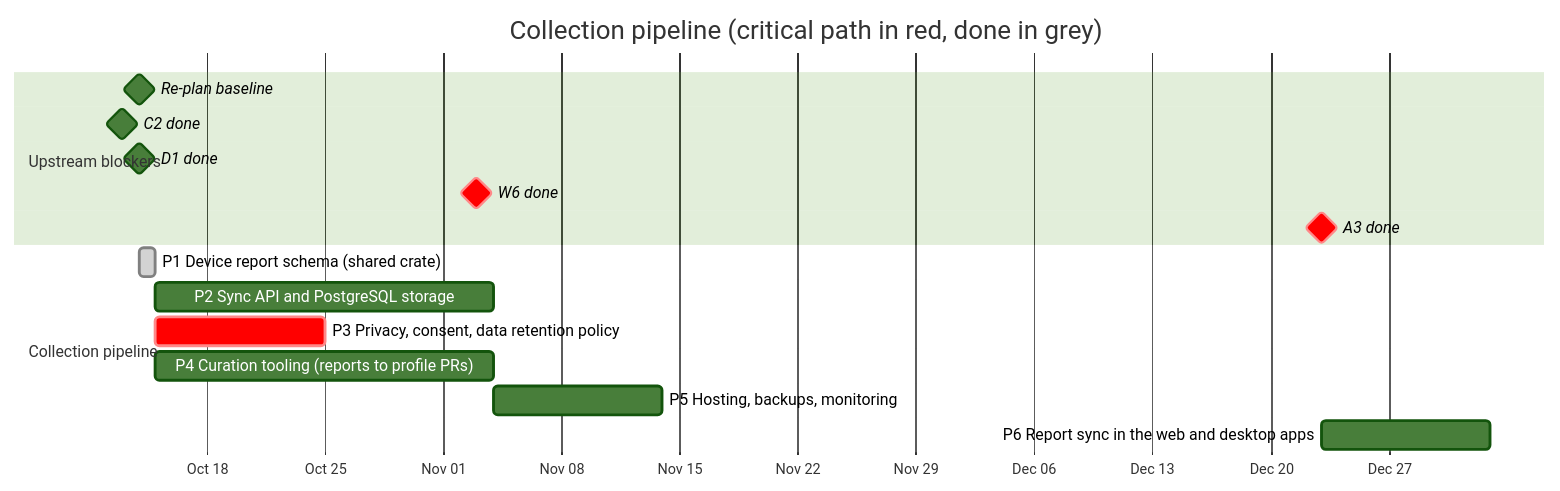
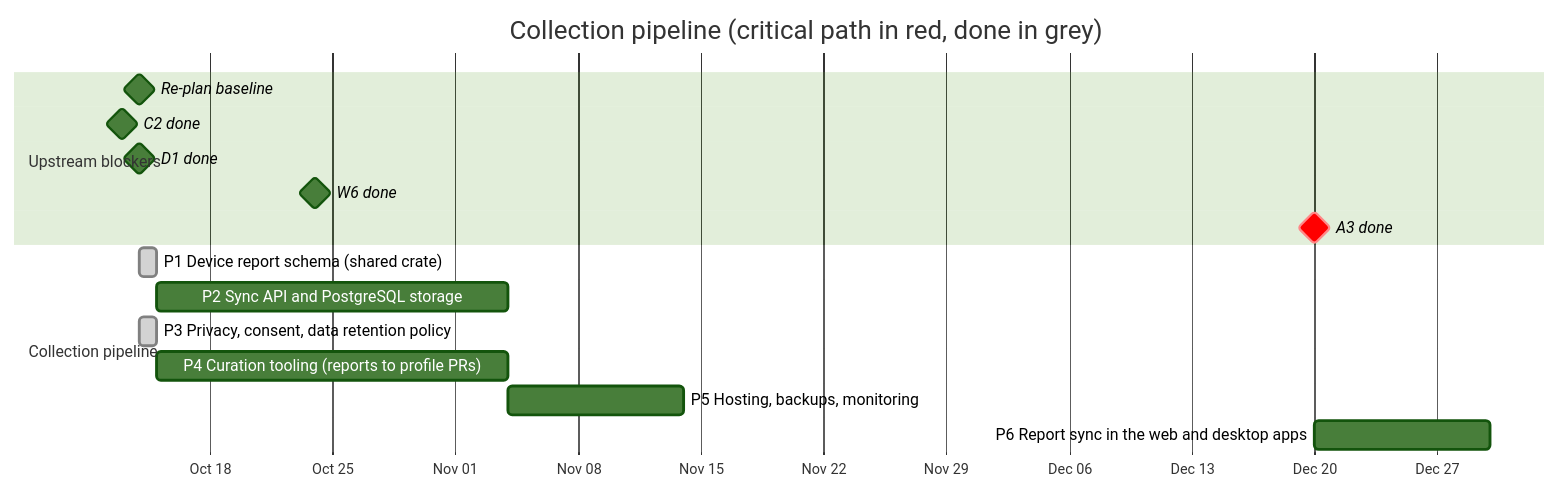
One commit to anygamepad/anygamepad.github.io changed the diagram in ROADMAP/2026-10-14/03-collection-pipeline.md. Above: the diagram before and after it, drawn with Mermaid (forest theme). The commit also changed other lines of this file and 19 other files, not shown here.

First line of the commit message:
P3: privacy policy, consent texts, retention and the CC0 data license (#11)

````diff
--- a/ROADMAP/2026-10-14/03-collection-pipeline.md
+++ b/ROADMAP/2026-10-14/03-collection-pipeline.md
@@ -12,19 +12,19 @@
 ```mermaid
 gantt
     dateFormat YYYY-MM-DD
     axisFormat %b %d
     title Collection pipeline (critical path in red, done in grey)
     section Upstream blockers
     Re-plan baseline :milestone, t0, 2026-10-14, 0d
     C2 done :milestone, c2, 2026-10-13, 0d
     D1 done :milestone, d1, 2026-10-14, 0d
-    W6 done :milestone, crit, w6, 2026-11-03, 0d
-    A3 done :milestone, crit, a3, 2026-12-23, 0d
+    W6 done :milestone, w6, 2026-10-24, 0d
+    A3 done :milestone, crit, a3, 2026-12-20, 0d
     section Collection pipeline
     P1 Device report schema (shared crate) :done, p1, 2026-10-14, 1d
     P2 Sync API and PostgreSQL storage :p2, after p1 t0, 20d
-    P3 Privacy, consent, data retention policy :crit, p3, after p1 t0, 10d
+    P3 Privacy, consent, data retention policy :done, p3, 2026-10-14, 1d
     P4 Curation tooling (reports to profile PRs) :p4, after p1 d1 t0, 20d
     P5 Hosting, backups, monitoring :p5, after p2, 10d
     P6 Report sync in the web and desktop apps :p6, after p2 w6 a3, 10d
 ```
````
